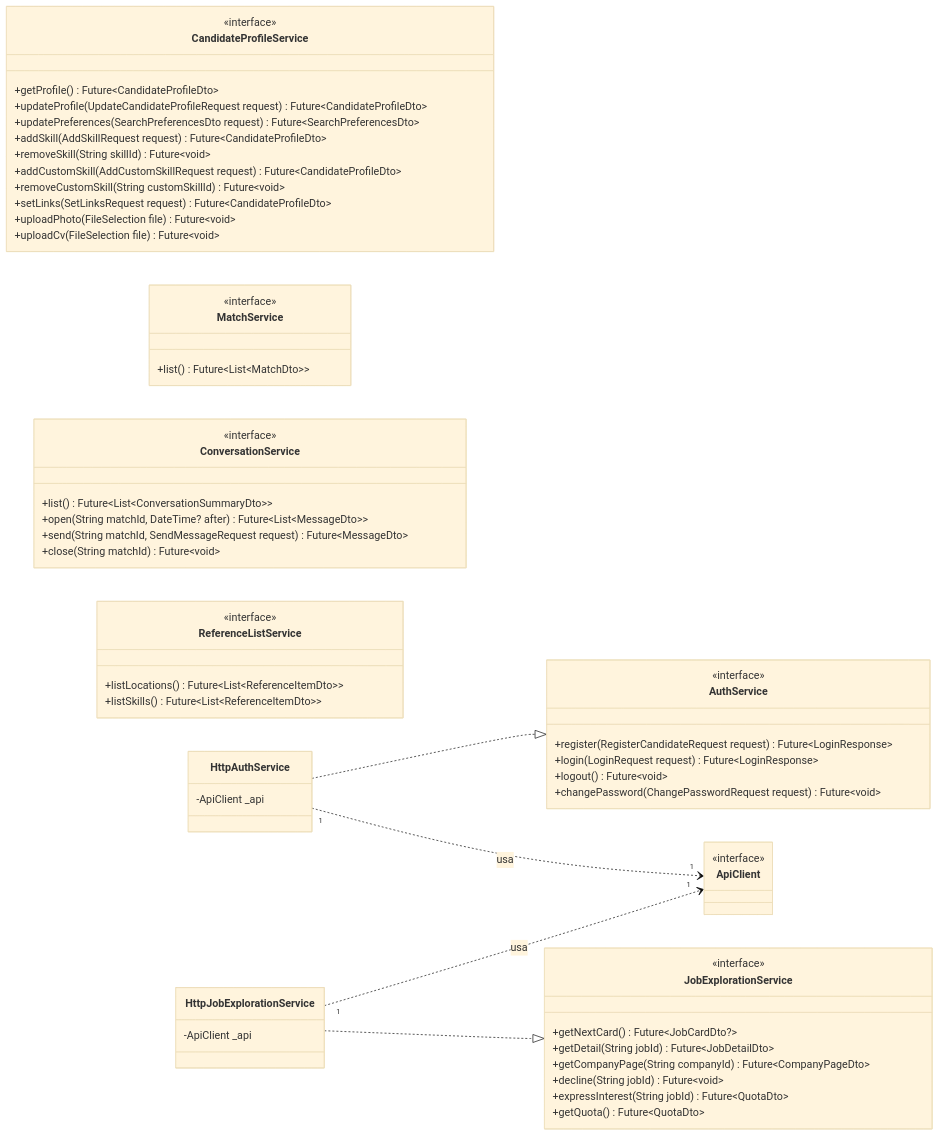
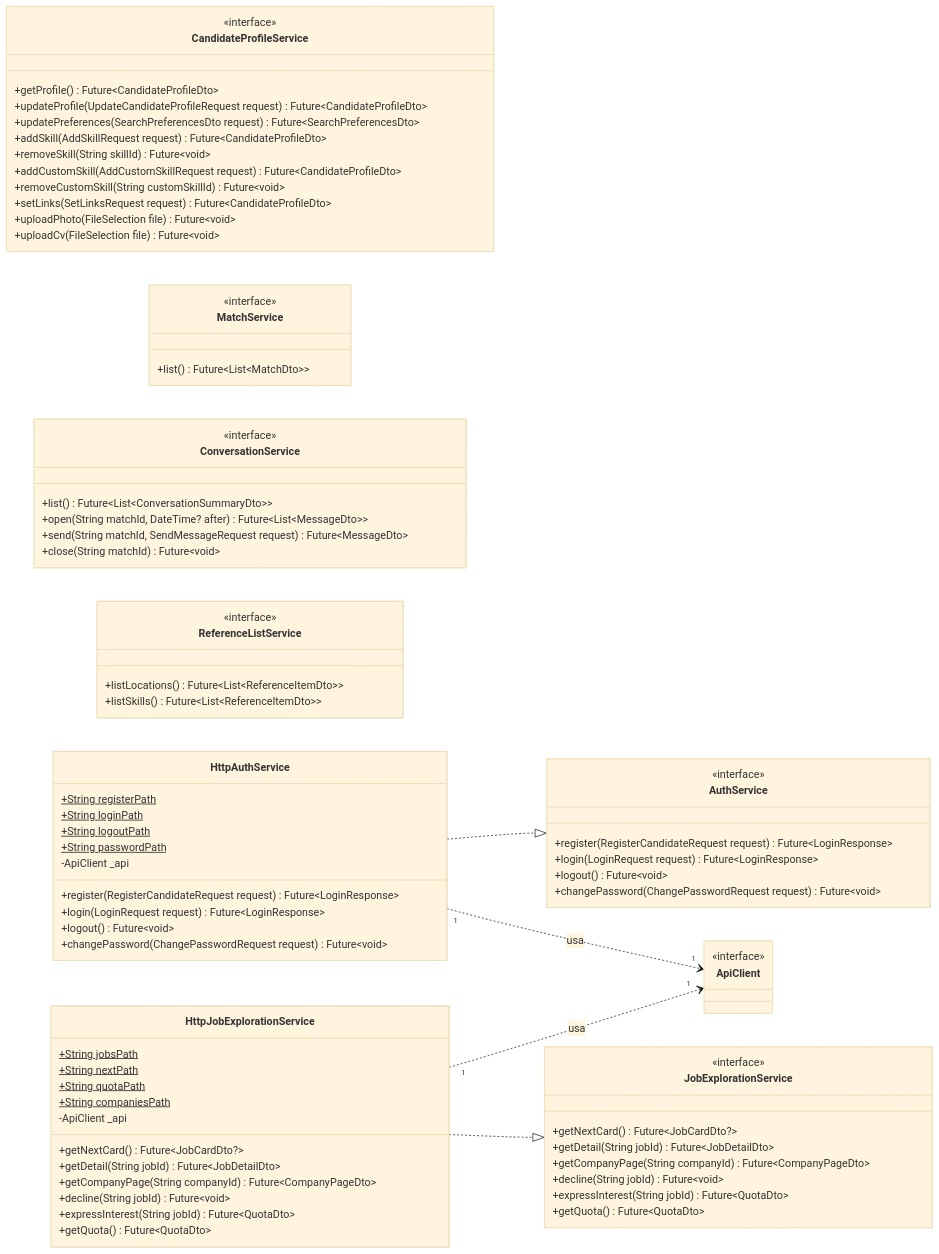
The eighth of 23 diagrams in 04-artefactos-tecnicos/04.07-modelos-de-classes/m4-modelo-classes-frontend-mobile-v03.md (katch-lds/katch-docs), drawn with Mermaid (base theme) before and after one commit. The commit also changed other lines of this file and 2 other files, not shown here.

````diff
--- a/04-artefactos-tecnicos/04.07-modelos-de-classes/m4-modelo-classes-frontend-mobile-v03.md
+++ b/04-artefactos-tecnicos/04.07-modelos-de-classes/m4-modelo-classes-frontend-mobile-v03.md
@@ -662,62 +691,80 @@
 ```mermaid
 classDiagram
     direction LR
     class AuthService {
         <<interface>>
         +register(RegisterCandidateRequest request) Future~LoginResponse~
         +login(LoginRequest request) Future~LoginResponse~
         +logout() Future~void~
         +changePassword(ChangePasswordRequest request) Future~void~
     }
     class CandidateProfileService {
         <<interface>>
         +getProfile() Future~CandidateProfileDto~
         +updateProfile(UpdateCandidateProfileRequest request) Future~CandidateProfileDto~
         +updatePreferences(SearchPreferencesDto request) Future~SearchPreferencesDto~
         +addSkill(AddSkillRequest request) Future~CandidateProfileDto~
         +removeSkill(String skillId) Future~void~
         +addCustomSkill(AddCustomSkillRequest request) Future~CandidateProfileDto~
         +removeCustomSkill(String customSkillId) Future~void~
         +setLinks(SetLinksRequest request) Future~CandidateProfileDto~
         +uploadPhoto(FileSelection file) Future~void~
         +uploadCv(FileSelection file) Future~void~
     }
     class JobExplorationService {
         <<interface>>
         +getNextCard() Future~JobCardDto?~
         +getDetail(String jobId) Future~JobDetailDto~
         +getCompanyPage(String companyId) Future~CompanyPageDto~
         +decline(String jobId) Future~void~
         +expressInterest(String jobId) Future~QuotaDto~
         +getQuota() Future~QuotaDto~
     }
     class MatchService {
         <<interface>>
         +list() Future~List~MatchDto~~
     }
     class ConversationService {
         <<interface>>
         +list() Future~List~ConversationSummaryDto~~
         +open(String matchId, DateTime? after) Future~List~MessageDto~~
         +send(String matchId, SendMessageRequest request) Future~MessageDto~
         +close(String matchId) Future~void~
     }
     class ReferenceListService {
         <<interface>>
         +listLocations() Future~List~ReferenceItemDto~~
         +listSkills() Future~List~ReferenceItemDto~~
     }
     class ApiClient {
         <<interface>>
     }
     class HttpAuthService {
+        +String registerPath$
+        +String loginPath$
+        +String logoutPath$
+        +String passwordPath$
         -ApiClient _api
+        +register(RegisterCandidateRequest request) Future~LoginResponse~
+        +login(LoginRequest request) Future~LoginResponse~
+        +logout() Future~void~
+        +changePassword(ChangePasswordRequest request) Future~void~
     }
     class HttpJobExplorationService {
+        +String jobsPath$
+        +String nextPath$
+        +String quotaPath$
+        +String companiesPath$
         -ApiClient _api
+        +getNextCard() Future~JobCardDto?~
+        +getDetail(String jobId) Future~JobDetailDto~
+        +getCompanyPage(String companyId) Future~CompanyPageDto~
+        +decline(String jobId) Future~void~
+        +expressInterest(String jobId) Future~QuotaDto~
+        +getQuota() Future~QuotaDto~
     }
     HttpAuthService ..|> AuthService
     HttpJobExplorationService ..|> JobExplorationService
     HttpAuthService "1" ..> "1" ApiClient : usa
     HttpJobExplorationService "1" ..> "1" ApiClient : usa
 ```
````
